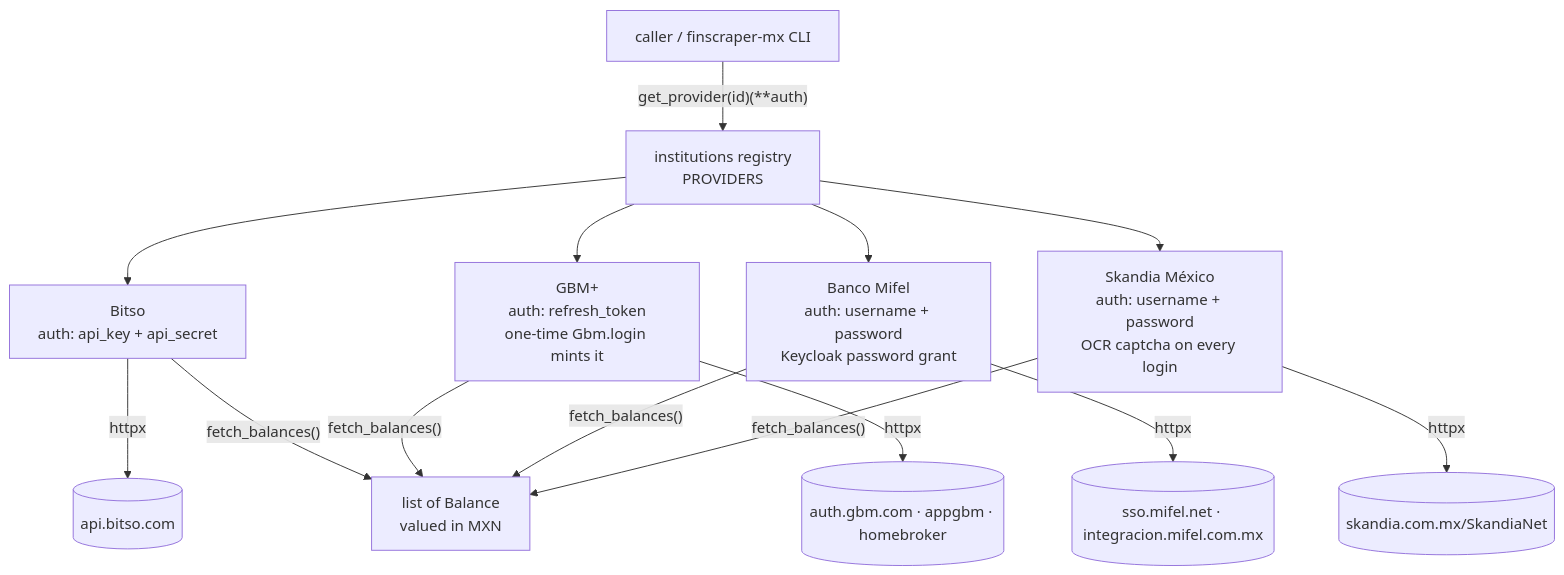
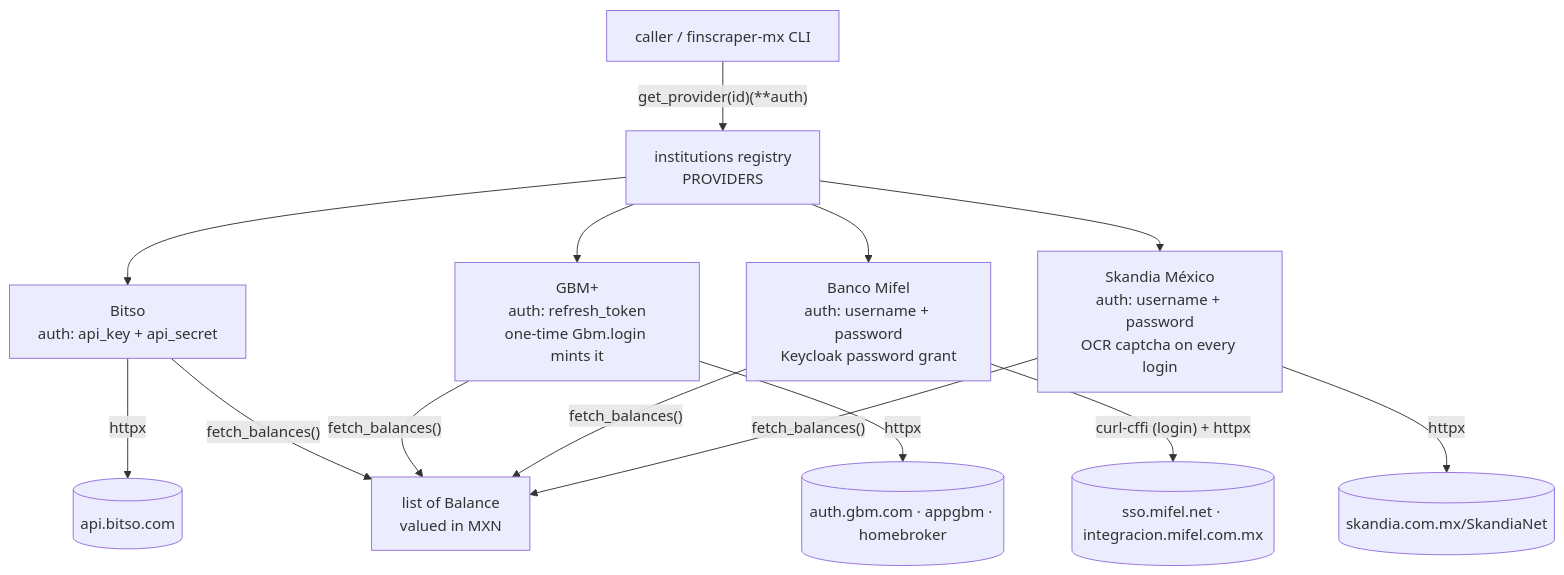
Before and after one commit to PaoloReyes/finscraper-mx: the diagram in CLAUDE.md, drawn with Mermaid. The commit also changed 1 other file, not shown here.

Commit message:
Document Mifel's curl-cffi dependency in README and architecture diagram

````diff
--- a/CLAUDE.md
+++ b/CLAUDE.md
@@ -26,16 +26,16 @@
 ```mermaid
 flowchart TD
   caller["caller / finscraper-mx CLI"] -->|"get_provider(id)(**auth)"| reg["institutions registry<br/>PROVIDERS"]
   reg --> bitso["Bitso<br/>auth: api_key + api_secret"]
   reg --> gbm["GBM+<br/>auth: refresh_token<br/>one-time Gbm.login mints it"]
   reg --> mifel["Banco Mifel<br/>auth: username + password<br/>Keycloak password grant"]
   reg --> skandia["Skandia México<br/>auth: username + password<br/>OCR captcha on every login"]
   bitso -->|"httpx"| bapi[("api.bitso.com")]
   gbm -->|"httpx"| gapi[("auth.gbm.com · appgbm · homebroker")]
-  mifel -->|"httpx"| mapi[("sso.mifel.net · integracion.mifel.com.mx")]
+  mifel -->|"curl-cffi (login) + httpx"| mapi[("sso.mifel.net · integracion.mifel.com.mx")]
   skandia -->|"httpx"| sapi[("skandia.com.mx/SkandiaNet")]
   bitso -->|"fetch_balances()"| bal["list of Balance<br/>valued in MXN"]
   gbm -->|"fetch_balances()"| bal
   mifel -->|"fetch_balances()"| bal
   skandia -->|"fetch_balances()"| bal
 ```
````
